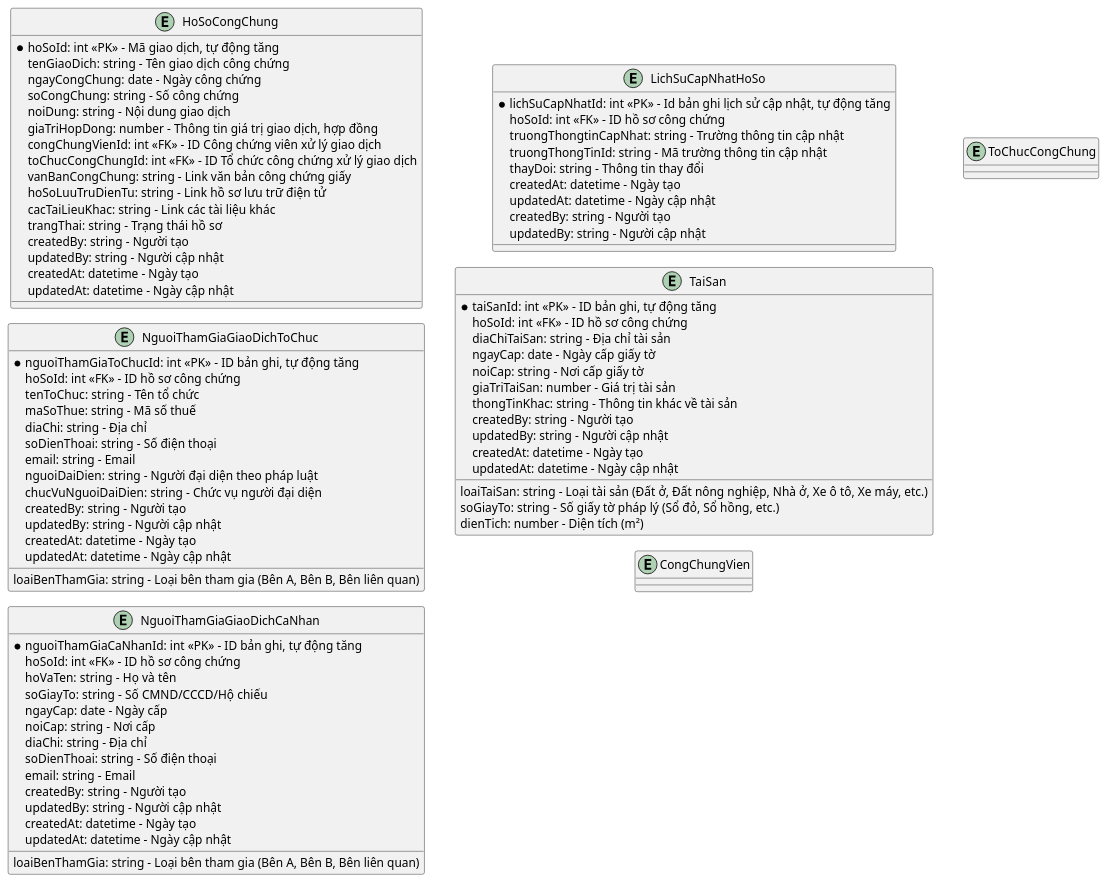
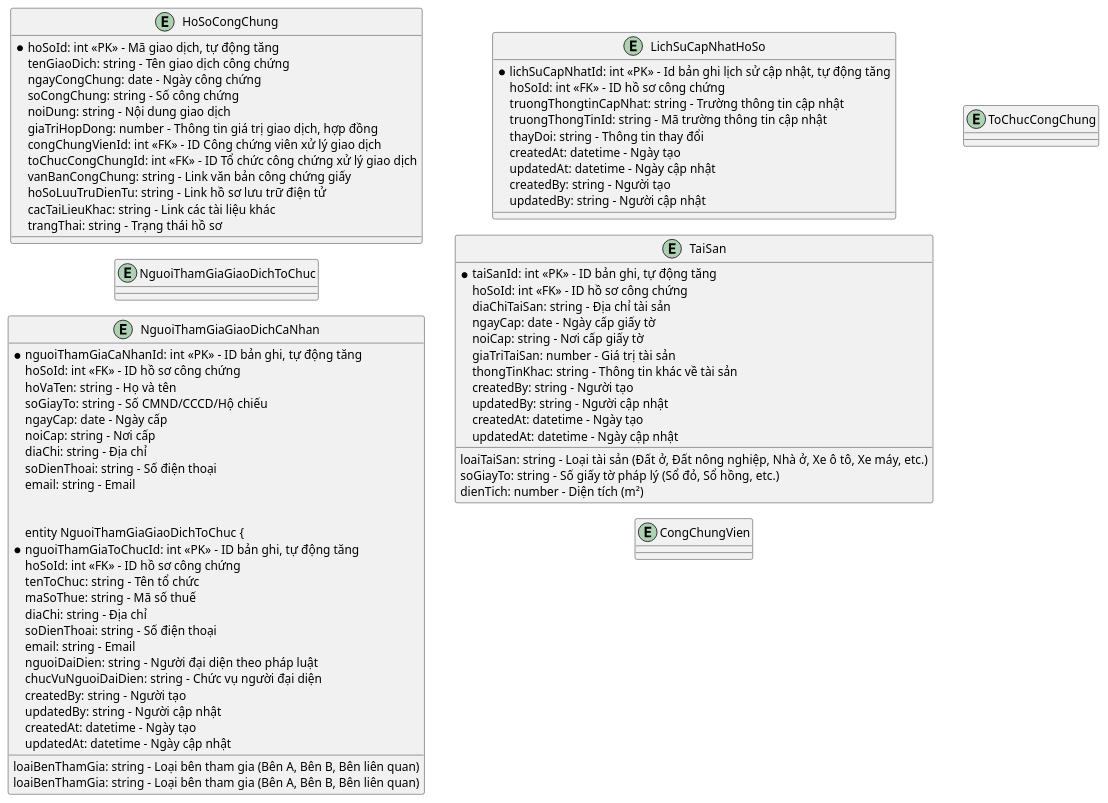
Before and after one commit to phuongpm23/nds-docs-test: the diagram in Quản lý hồ sơ công chứng/3.ldm.puml, drawn with PlantUML. The commit also changed 26 other files, not shown here.

Commit message:
Update ERD

```diff
--- a/Quản lý hồ sơ công chứng/3.ldm.puml
+++ b/Quản lý hồ sơ công chứng/3.ldm.puml
@@ -1,95 +1,87 @@
 @startuml ldm
 !pragma layout smetana
 left to right direction
 
 entity HoSoCongChung
 entity NguoiThamGiaGiaoDichToChuc
 entity NguoiThamGiaGiaoDichCaNhan
 entity LichSuCapNhatHoSo
 entity TaiSan
 entity CongChungVien
 entity ToChucCongChung
 
 entity HoSoCongChung {
   *hoSoId: int <<PK>> - Mã giao dịch, tự động tăng
   tenGiaoDich: string - Tên giao dịch công chứng
   ngayCongChung: date - Ngày công chứng
   soCongChung: string - Số công chứng
   noiDung: string - Nội dung giao dịch
   giaTriHopDong: number - Thông tin giá trị giao dịch, hợp đồng
   congChungVienId: int <<FK>> - ID Công chứng viên xử lý giao dịch
   toChucCongChungId: int <<FK>> - ID Tổ chức công chứng xử lý giao dịch
   vanBanCongChung: string - Link văn bản công chứng giấy
   hoSoLuuTruDienTu: string - Link hồ sơ lưu trữ điện tử
   cacTaiLieuKhac: string - Link các tài liệu khác
   trangThai: string - Trạng thái hồ sơ
-  createdBy: string - Người tạo
-  updatedBy: string - Người cập nhật
-  createdAt: datetime - Ngày tạo
-  updatedAt: datetime - Ngày cập nhật
 }
 
 entity NguoiThamGiaGiaoDichCaNhan {
   *nguoiThamGiaCaNhanId: int <<PK>> - ID bản ghi, tự động tăng
   hoSoId: int <<FK>> - ID hồ sơ công chứng
   hoVaTen: string - Họ và tên
   soGiayTo: string - Số CMND/CCCD/Hộ chiếu
   ngayCap: date - Ngày cấp
   noiCap: string - Nơi cấp
   diaChi: string - Địa chỉ
   soDienThoai: string - Số điện thoại
   email: string - Email
   loaiBenThamGia: string - Loại bên tham gia (Bên A, Bên B, Bên liên quan)
-  createdBy: string - Người tạo
-  updatedBy: string - Người cập nhật
-  createdAt: datetime - Ngày tạo
-  updatedAt: datetime - Ngày cập nhật
-}
+
 
 entity NguoiThamGiaGiaoDichToChuc {
   *nguoiThamGiaToChucId: int <<PK>> - ID bản ghi, tự động tăng
   hoSoId: int <<FK>> - ID hồ sơ công chứng
   tenToChuc: string - Tên tổ chức
   maSoThue: string - Mã số thuế
   diaChi: string - Địa chỉ
   soDienThoai: string - Số điện thoại
   email: string - Email
   nguoiDaiDien: string - Người đại diện theo pháp luật
   chucVuNguoiDaiDien: string - Chức vụ người đại diện
   loaiBenThamGia: string - Loại bên tham gia (Bên A, Bên B, Bên liên quan)
   createdBy: string - Người tạo
   updatedBy: string - Người cập nhật
   createdAt: datetime - Ngày tạo
   updatedAt: datetime - Ngày cập nhật
 }
 
 entity TaiSan {
   *taiSanId: int <<PK>> - ID bản ghi, tự động tăng
   hoSoId: int <<FK>> - ID hồ sơ công chứng
   loaiTaiSan: string - Loại tài sản (Đất ở, Đất nông nghiệp, Nhà ở, Xe ô tô, Xe máy, etc.)
   diaChiTaiSan: string - Địa chỉ tài sản
   soGiayTo: string - Số giấy tờ pháp lý (Sổ đỏ, Sổ hồng, etc.)
   ngayCap: date - Ngày cấp giấy tờ
   noiCap: string - Nơi cấp giấy tờ
   dienTich: number - Diện tích (m²)
   giaTriTaiSan: number - Giá trị tài sản
   thongTinKhac: string - Thông tin khác về tài sản
   createdBy: string - Người tạo
   updatedBy: string - Người cập nhật
   createdAt: datetime - Ngày tạo
   updatedAt: datetime - Ngày cập nhật
 }
 
 entity LichSuCapNhatHoSo {
   *lichSuCapNhatId: int <<PK>> - Id bản ghi lịch sử cập nhật, tự động tăng
   hoSoId: int <<FK>> - ID hồ sơ công chứng
   truongThongtinCapNhat: string - Trường thông tin cập nhật
   truongThongTinId: string - Mã trường thông tin cập nhật
   thayDoi: string - Thông tin thay đổi
   createdAt: datetime - Ngày tạo
   updatedAt: datetime - Ngày cập nhật
   createdBy: string - Người tạo
   updatedBy: string - Người cập nhật
 }
 
 @enduml
```
